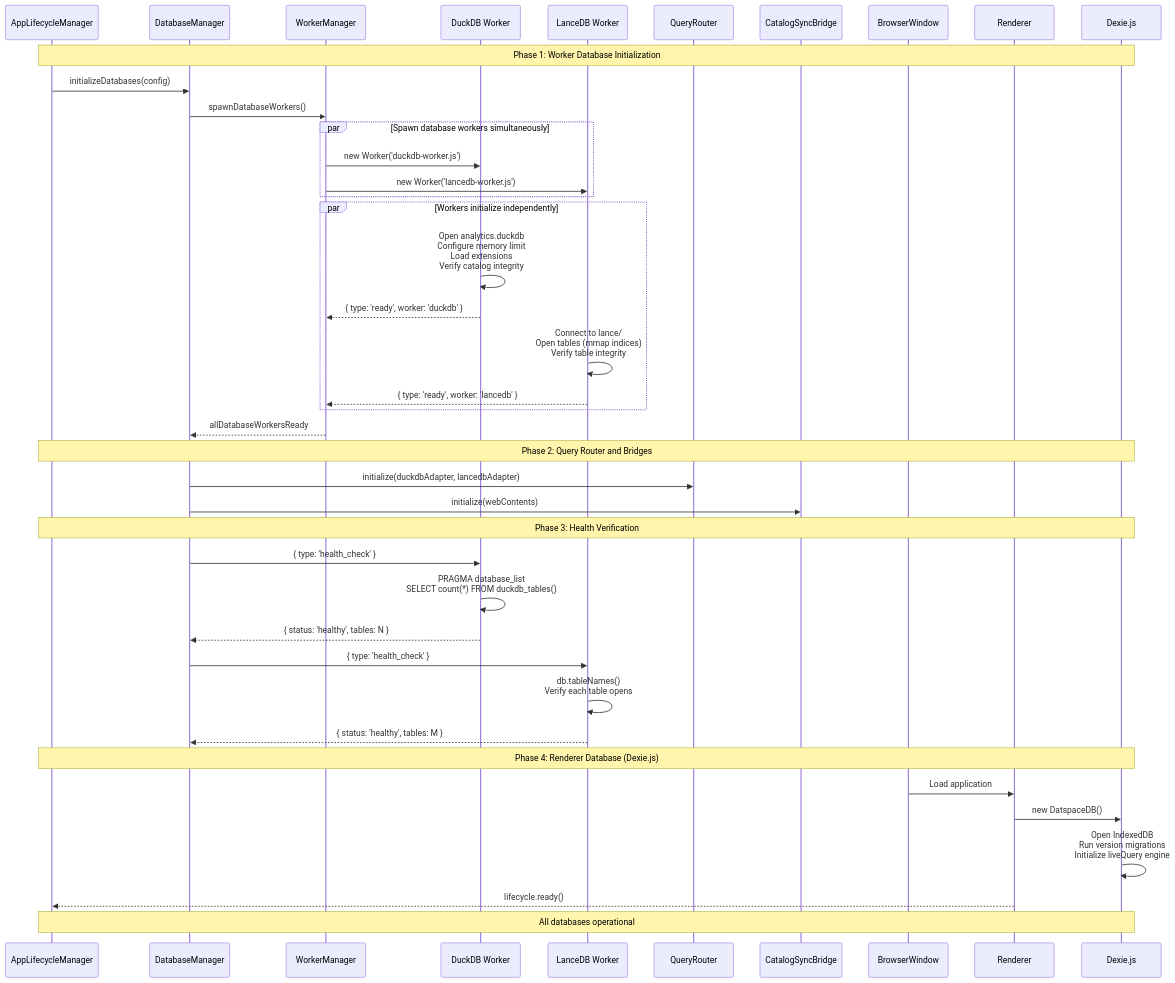
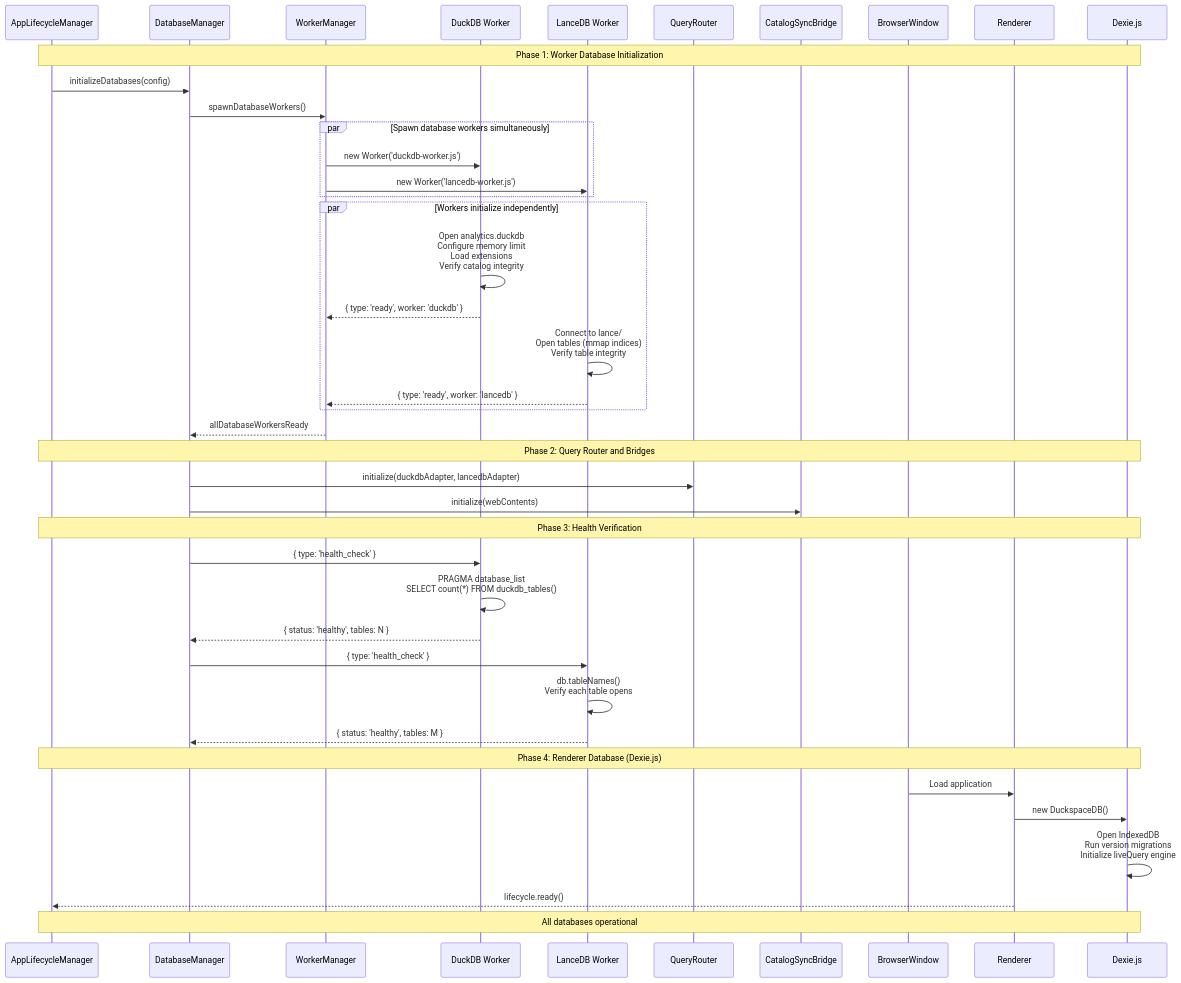
Before and after one commit to discohead/duckspace: the sixth of 7 diagrams in context/artifacts/design/04-database-integration.md, drawn with Mermaid. The commit also changed other lines of this file and 111 other files, not shown here.

First line of the commit message:
chore: rename project from Datspace to Duckspace

````diff
--- a/context/artifacts/design/04-database-integration.md
+++ b/context/artifacts/design/04-database-integration.md
@@ -868,58 +868,58 @@
 ```mermaid
 sequenceDiagram
     participant ALM as AppLifecycleManager
     participant DBM as DatabaseManager
     participant WM as WorkerManager
     participant DW as DuckDB Worker
     participant LW as LanceDB Worker
     participant QR as QueryRouter
     participant CSB as CatalogSyncBridge
     participant BW as BrowserWindow
     participant R as Renderer
     participant D as Dexie.js
 
     Note over ALM,D: Phase 1: Worker Database Initialization
 
     ALM->>DBM: initializeDatabases(config)
     DBM->>WM: spawnDatabaseWorkers()
 
     par Spawn database workers simultaneously
         WM->>DW: new Worker('duckdb-worker.js')
         WM->>LW: new Worker('lancedb-worker.js')
     end
 
     par Workers initialize independently
         DW->>DW: Open analytics.duckdb<br/>Configure memory limit<br/>Load extensions<br/>Verify catalog integrity
         DW-->>WM: { type: 'ready', worker: 'duckdb' }
 
         LW->>LW: Connect to lance/<br/>Open tables (mmap indices)<br/>Verify table integrity
         LW-->>WM: { type: 'ready', worker: 'lancedb' }
     end
 
     WM-->>DBM: allDatabaseWorkersReady
 
     Note over ALM,D: Phase 2: Query Router and Bridges
 
     DBM->>QR: initialize(duckdbAdapter, lancedbAdapter)
     DBM->>CSB: initialize(webContents)
 
     Note over ALM,D: Phase 3: Health Verification
 
     DBM->>DW: { type: 'health_check' }
     DW->>DW: PRAGMA database_list<br/>SELECT count(*) FROM duckdb_tables()
     DW-->>DBM: { status: 'healthy', tables: N }
 
     DBM->>LW: { type: 'health_check' }
     LW->>LW: db.tableNames()<br/>Verify each table opens
     LW-->>DBM: { status: 'healthy', tables: M }
 
     Note over ALM,D: Phase 4: Renderer Database (Dexie.js)
 
     BW->>R: Load application
-    R->>D: new DatspaceDB()
+    R->>D: new DuckspaceDB()
     D->>D: Open IndexedDB<br/>Run version migrations<br/>Initialize liveQuery engine
 
     R-->>ALM: lifecycle.ready()
 
     Note over ALM,D: All databases operational
 ```
````
